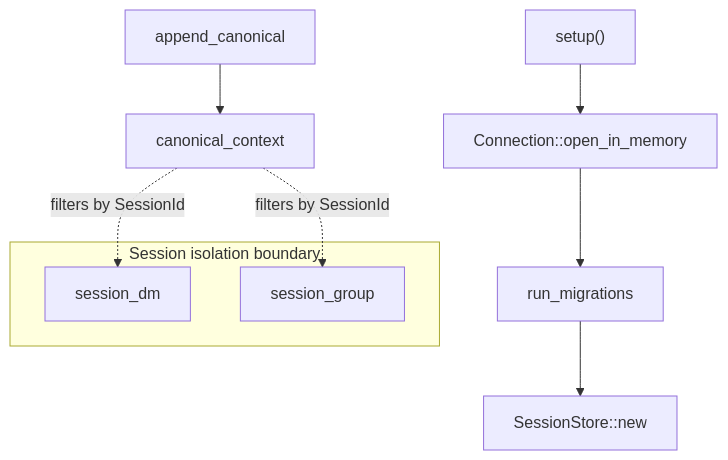
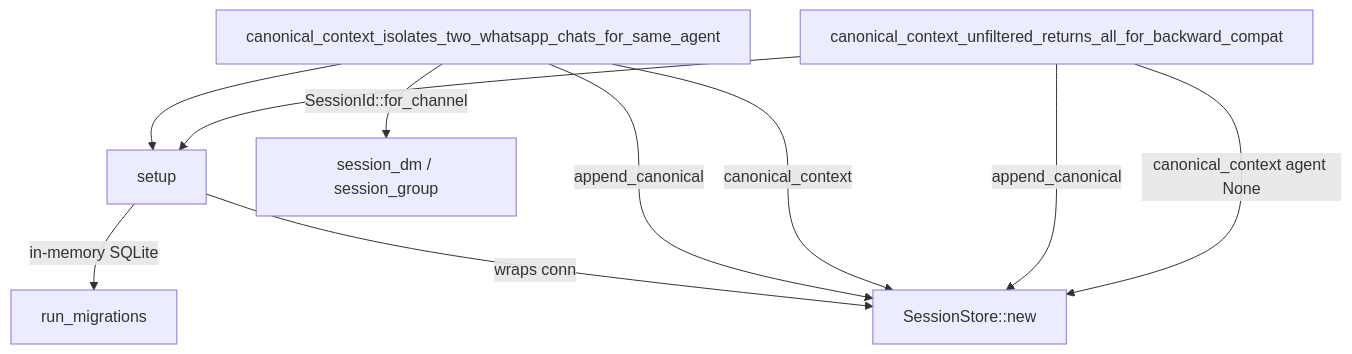
Before and after one commit to leszek3737/librefang-WIki: the diagram in other-librefang-memory-tests.md, drawn with Mermaid. The commit also changed other lines of this file and 118 other files, not shown here.

````diff
--- a/other-librefang-memory-tests.md
+++ b/other-librefang-memory-tests.md
@@ -15,16 +13,14 @@
 ```mermaid
-flowchart TD
-    A["setup()"] --> B["Connection::open_in_memory"]
-    B --> C["run_migrations"]
-    C --> D["SessionStore::new"]
+graph TD
+    A[setup] -->|in-memory SQLite| B[run_migrations]
+    A -->|wraps conn| C[SessionStore::new]
 
-    E["append_canonical"] --> F["canonical_context"]
+    D[canonical_context_isolates_two_whatsapp_chats_for_same_agent] --> A
+    D -->|SessionId::for_channel| E[session_dm / session_group]
+    D -->|append_canonical| C
+    D -->|canonical_context| C
 
-    subgraph "Session isolation boundary"
-        G["session_dm"]
-        H["session_group"]
-    end
-
-    F -. "filters by SessionId" .-> G
-    F -. "filters by SessionId" .-> H
+    F[canonical_context_unfiltered_returns_all_for_backward_compat] --> A
+    F -->|append_canonical| C
+    F -->|canonical_context agent None| C
 ```
````
